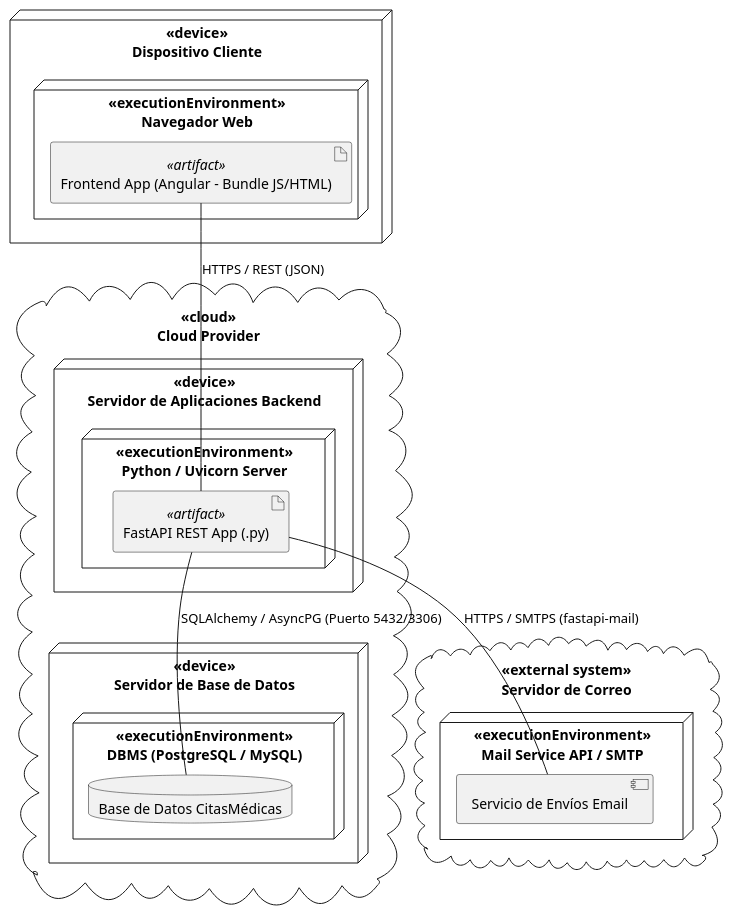
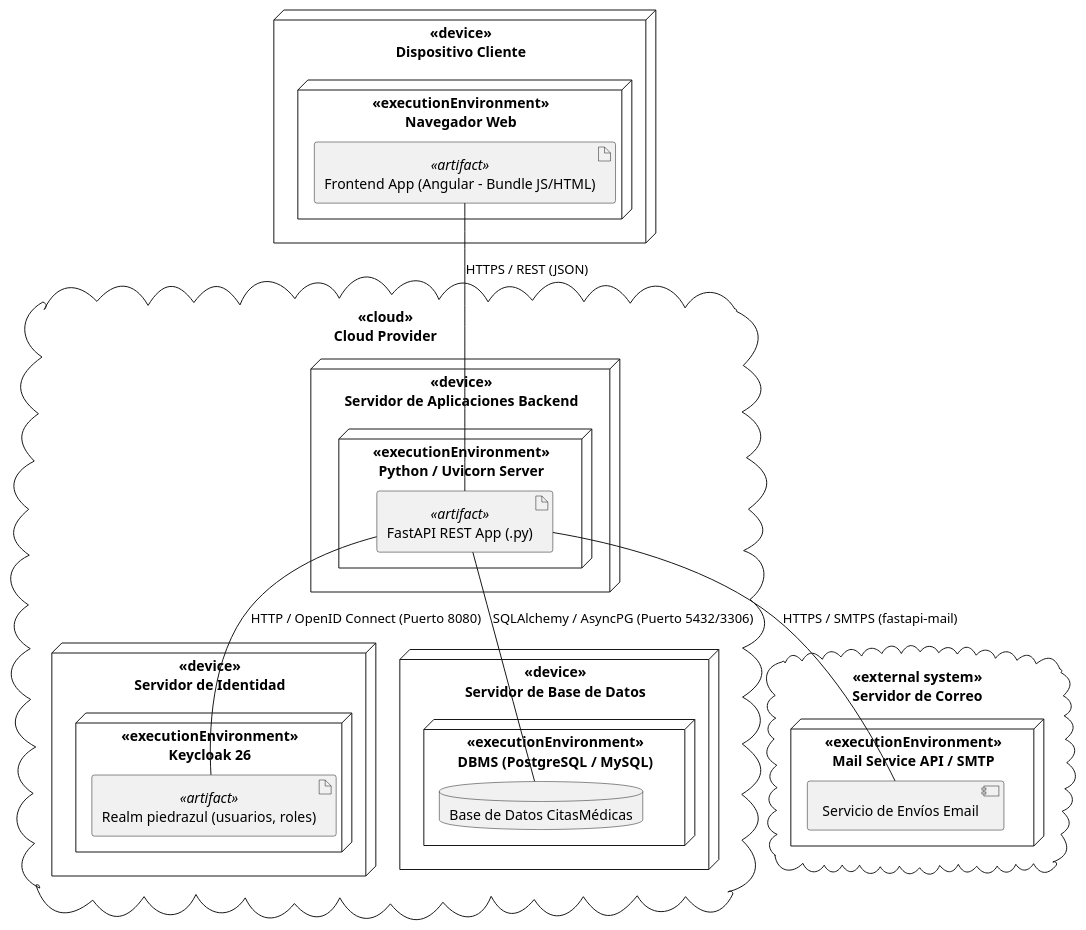
Before and after one commit to SantiagoGutierrez11/piedrazul-monolitic: the diagram in docs/architecture/actividad6-diagrama-despliegue.puml, drawn with PlantUML. The commit also changed 8 other files, not shown here.

Commit message:
Update architecture diagrams for authentication and scheduling

```diff
--- a/docs/architecture/actividad6-diagrama-despliegue.puml
+++ b/docs/architecture/actividad6-diagrama-despliegue.puml
@@ -1,40 +1,47 @@
 @startuml DiagramaDeDespliegue
 skinparam componentStyle uml2
 
 ' ==========================================
 ' NODOS Y DISPOSITIVOS (Infraestructura)
 ' ==========================================
 node "<<device>>\nDispositivo Cliente" as Cliente {
   node "<<executionEnvironment>>\nNavegador Web" as Navegador {
     artifact "Frontend App (Angular - Bundle JS/HTML)" as AngularApp <<artifact>>
   }
 }
 
 cloud "<<cloud>>\nCloud Provider" {
   node "<<device>>\nServidor de Aplicaciones Backend" as AppServer {
     node "<<executionEnvironment>>\nPython / Uvicorn Server" as PythonEnv {
       artifact "FastAPI REST App (.py)" as BackendApp <<artifact>>
+    }
+  }
+
+  node "<<device>>\nServidor de Identidad" as IdpServer {
+    node "<<executionEnvironment>>\nKeycloak 26" as KeycloakEnv {
+      artifact "Realm piedrazul (usuarios, roles)" as Realm <<artifact>>
     }
   }
 
   node "<<device>>\nServidor de Base de Datos" as DBServer {
     node "<<executionEnvironment>>\nDBMS (PostgreSQL / MySQL)" as DBMS {
       database "Base de Datos CitasMédicas" as DB
     }
   }
 }
 
 cloud "<<external system>>\nServidor de Correo" as MailServer {
   node "<<executionEnvironment>>\nMail Service API / SMTP" as Engine {
     component "Servicio de Envíos Email" as MailComponent
   }
 }
 
 ' ==========================================
 ' CONEXIONES Y PROTOCOLOS
 ' ==========================================
 AngularApp -- BackendApp : HTTPS / REST (JSON)
 BackendApp -- DB : SQLAlchemy / AsyncPG (Puerto 5432/3306)
+BackendApp -- Realm : HTTP / OpenID Connect (Puerto 8080)
 BackendApp -- MailComponent : HTTPS / SMTPS (fastapi-mail)
 
 @enduml
```
